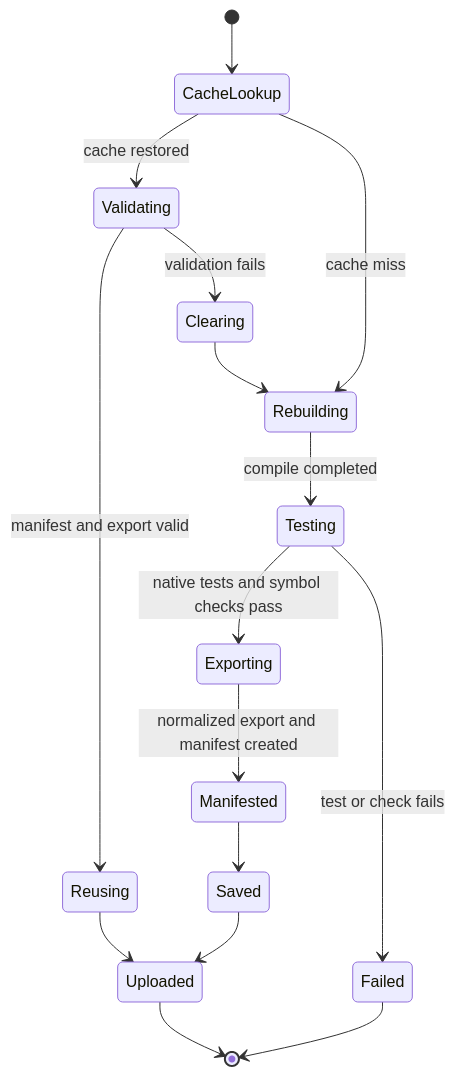
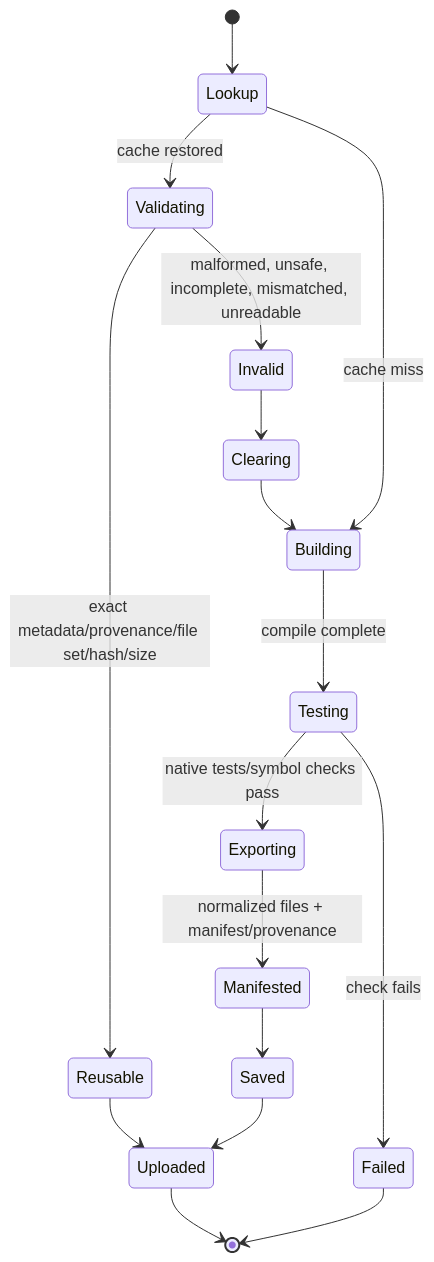
One commit to DartGit-dev/git2dart_binaries changed the sixth of 9 diagrams in .reversa/_reversa_sdd/state-machines.md. Above: the diagram before and after it, drawn with Mermaid. The commit also changed other lines of this file and 250 other files, not shown here.

````diff
--- a/.reversa/_reversa_sdd/state-machines.md
+++ b/.reversa/_reversa_sdd/state-machines.md
@@ -44,18 +120,19 @@
 ```mermaid
 stateDiagram-v2
-  [*] --> CacheLookup
-  CacheLookup --> Validating: cache restored
-  CacheLookup --> Rebuilding: cache miss
-  Validating --> Reusing: manifest and export valid
-  Validating --> Clearing: validation fails
-  Clearing --> Rebuilding
-  Rebuilding --> Testing: compile completed
-  Testing --> Exporting: native tests and symbol checks pass
-  Testing --> Failed: test or check fails
-  Exporting --> Manifested: normalized export and manifest created
+  [*] --> Lookup
+  Lookup --> Validating: cache restored
+  Lookup --> Building: cache miss
+  Validating --> Reusable: exact metadata/provenance/file set/hash/size
+  Validating --> Invalid: malformed, unsafe, incomplete, mismatched, unreadable
+  Invalid --> Clearing
+  Clearing --> Building
+  Building --> Testing: compile complete
+  Testing --> Exporting: native tests/symbol checks pass
+  Testing --> Failed: check fails
+  Exporting --> Manifested: normalized files + manifest/provenance
   Manifested --> Saved
-  Reusing --> Uploaded
+  Reusable --> Uploaded
   Saved --> Uploaded
   Uploaded --> [*]
   Failed --> [*]
 ```
````
